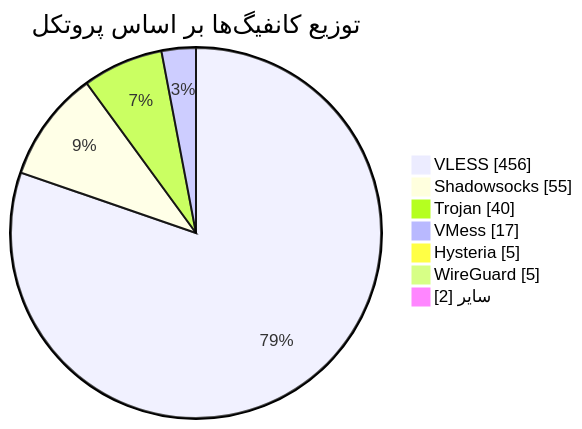
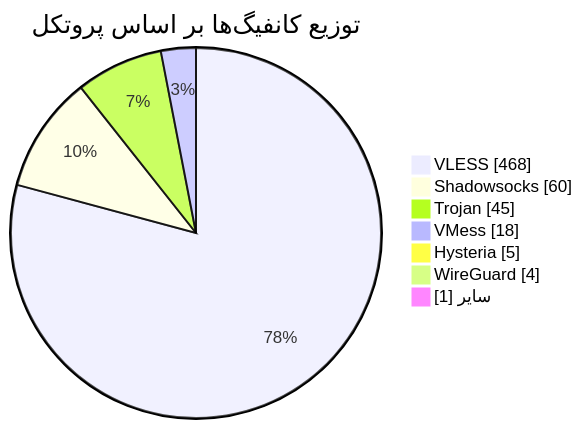
The diagram in README.md (Arian-Alijani/Somthing), drawn with Mermaid before and after one commit. The commit also changed other lines of this file and 21 other files, not shown here.

````diff
--- a/README.md
+++ b/README.md
@@ -49,11 +49,11 @@
 ```mermaid
 pie showData
     title توزیع کانفیگ‌ها بر اساس پروتکل
-    "VLESS" : 456
-    "Shadowsocks" : 55
-    "Trojan" : 40
-    "VMess" : 17
+    "VLESS" : 468
+    "Shadowsocks" : 60
+    "Trojan" : 45
+    "VMess" : 18
     "Hysteria" : 5
-    "WireGuard" : 5
-    "سایر" : 2
+    "WireGuard" : 4
+    "سایر" : 1
 ```
````
